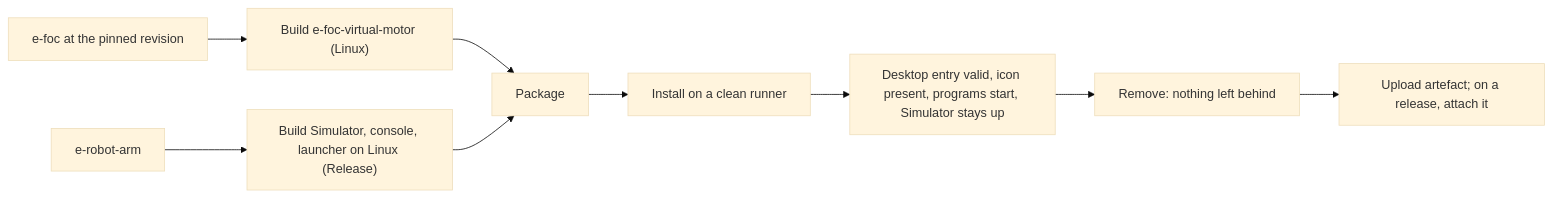
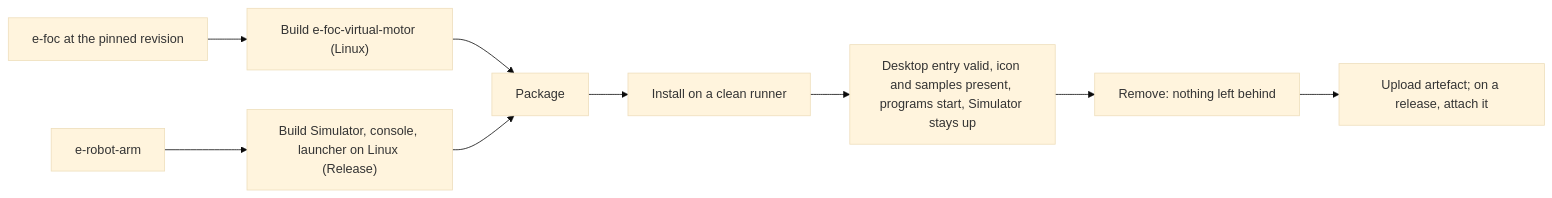
The diagram in documentation/design/tool-installers.md (embedded-pro/e-robot-arm), drawn with Mermaid (base theme) before and after one commit. The commit also changed other lines of this file and 23 other files, not shown here.

````diff
--- a/documentation/design/tool-installers.md
+++ b/documentation/design/tool-installers.md
@@ -82,11 +85,11 @@
 ```mermaid
 flowchart LR
     E["e-foc at the pinned revision"] --> V["Build e-foc-virtual-motor (Linux)"]
     R["e-robot-arm"] --> B["Build Simulator, console, launcher on Linux (Release)"]
     V --> P["Package"]
     B --> P
     P --> I["Install on a clean runner"]
-    I --> S["Desktop entry valid, icon present, programs start, Simulator stays up"]
+    I --> S["Desktop entry valid, icon and samples present, programs start, Simulator stays up"]
     S --> U["Remove: nothing left behind"]
     U --> A["Upload artefact; on a release, attach it"]
 ```
````
